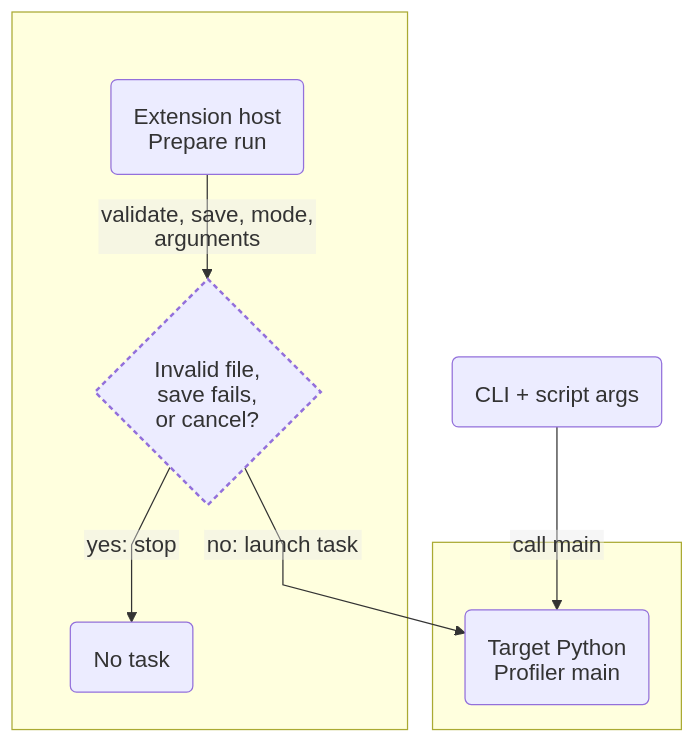
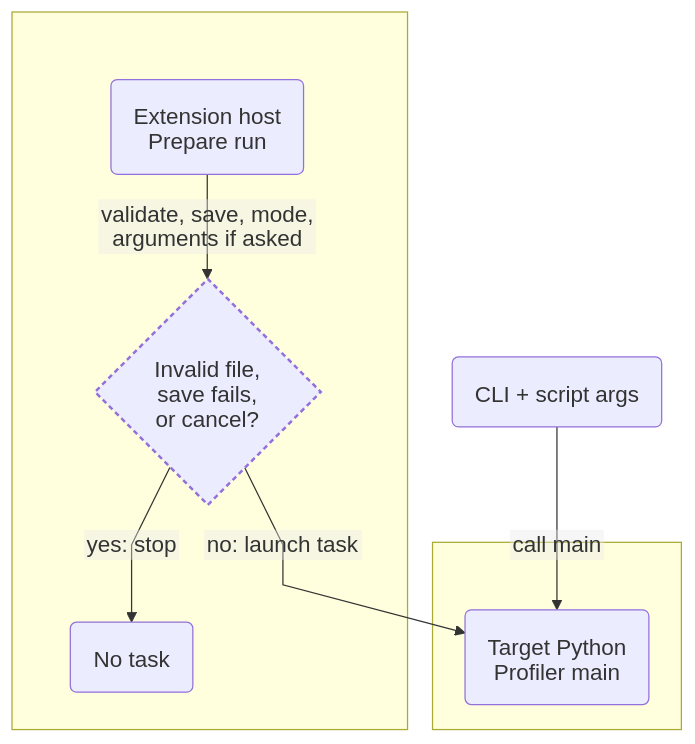
The third of 20 diagrams in docs/feature-map.md (AashishTangnami/python-memory-guardian), drawn with Mermaid before and after one commit. The commit also changed other lines of this file and 48 other files, not shown here.

````diff
--- a/docs/feature-map.md
+++ b/docs/feature-map.md
@@ -128,18 +130,18 @@
 ```mermaid
 %%{init: {"fontFamily":"Arial, sans-serif","themeVariables":{"fontSize":"18px","fontFamily":"Arial, sans-serif"},"flowchart":{"curve":"linear","nodeSpacing":32,"rankSpacing":40,"diagramPadding":8,"padding":18,"subGraphTitleMargin":{"top":10,"bottom":24},"htmlLabels":false},"layout":"dagre","htmlLabels":false,"themeCSS":".node rect, .cluster rect { rx: 10px; ry: 10px; } .label, .nodeLabel, .edgeLabel, .cluster-label { letter-spacing: normal; word-spacing: normal; } .edgeLabel rect { stroke: currentColor !important; stroke-width: 1px !important; stroke-dasharray: none; opacity: 1 !important; fill-opacity: 1; rx: 4px; ry: 4px; }"}}%%
 flowchart TD
     subgraph EXT[" "]
       Editor("Extension host<br/>Prepare run")
       Stop{"Invalid file,<br/>save fails,<br/>or cancel?"}
       Cancel("No task")
     end
     subgraph PROC[" "]
       Main("Target Python<br/>Profiler main")
     end
-    Editor -->|validate, save, mode, arguments| Stop
+    Editor -->|validate, save, mode, arguments if asked| Stop
     Stop -->|yes: stop| Cancel
     Stop -->|no: launch task| Main
     CLI("CLI + script args") -->|call main| Main
     classDef decision stroke-width:2px,stroke-dasharray:4 3;
     class Stop decision;
 ```
````
